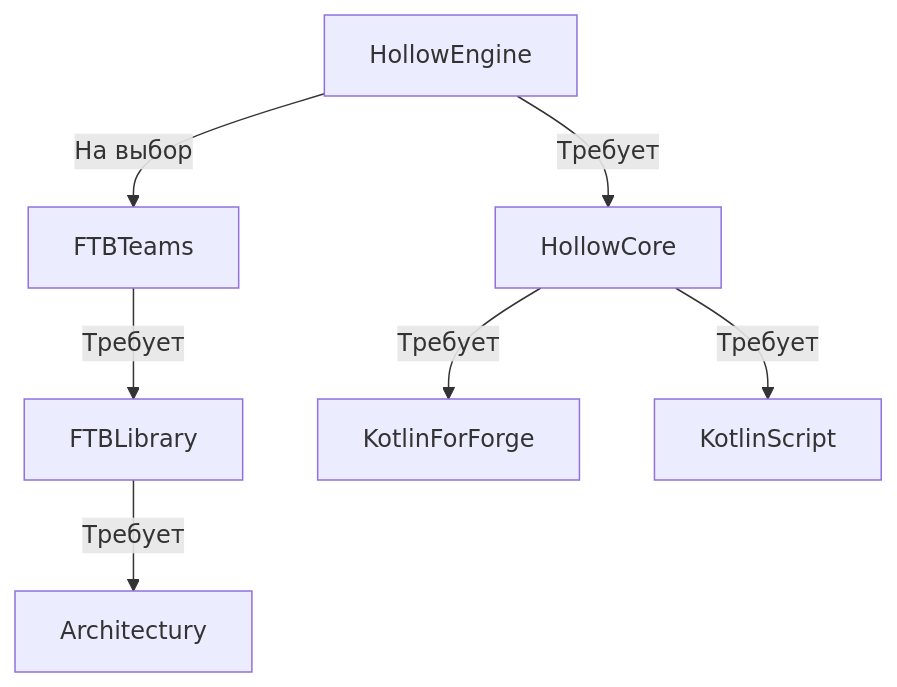
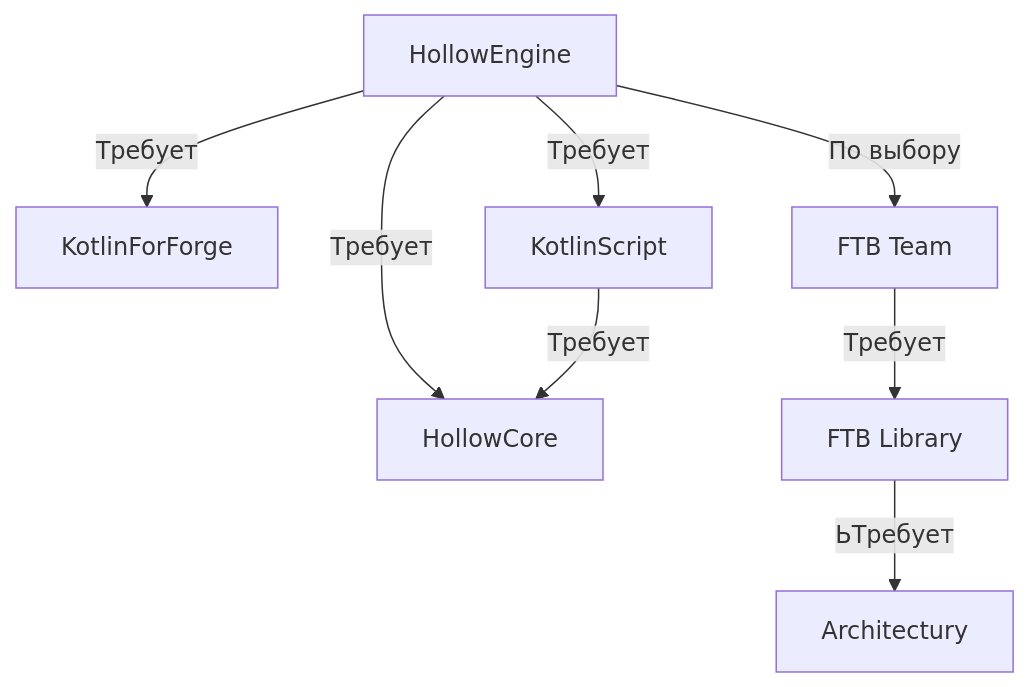
The diagram in docs/hollowengine/Begin/requirement.mdx (0mods/docsweb), drawn with Mermaid before and after one commit. The commit also changed 27 other files, not shown here.

````diff
--- a/docs/hollowengine/Begin/requirement.mdx
+++ b/docs/hollowengine/Begin/requirement.mdx
@@ -8,9 +8,9 @@
-```mermaid 
+```mermaid
 graph TD;
-   A[HollowEngine]-->|Требует| B[HollowCore];
-   A-->|На выбор| C[FTBTeams];
-   C-->|Требует| E[FTBLibrary];
-   E-->|Требует| F[Architectury];
-   B-->|Требует| G[KotlinForForge];
-   B-->|Требует| H[KotlinScript];
+  HE[HollowEngine]; HC[HollowCore]; KFF[KotlinForForge]; KS[KotlinScript];
+  FTBT[FTB Team]; FTBL[FTB Library]; Arc[Architectury];
+  
+  HE-->|Требует|KS; HE-->|Требует|KFF; HE-->|Требует|HC; HE-->|По выбору|FTBT;
+  KS-->|Требует|HC;
+  FTBT-->|Требует|FTBL; FTBL-->|ЬТребует|Arc;
 ```
````
